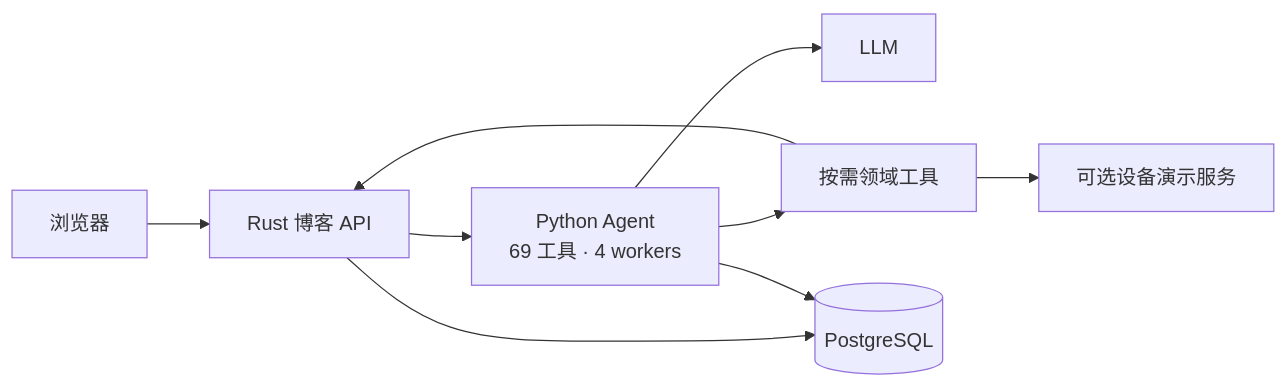
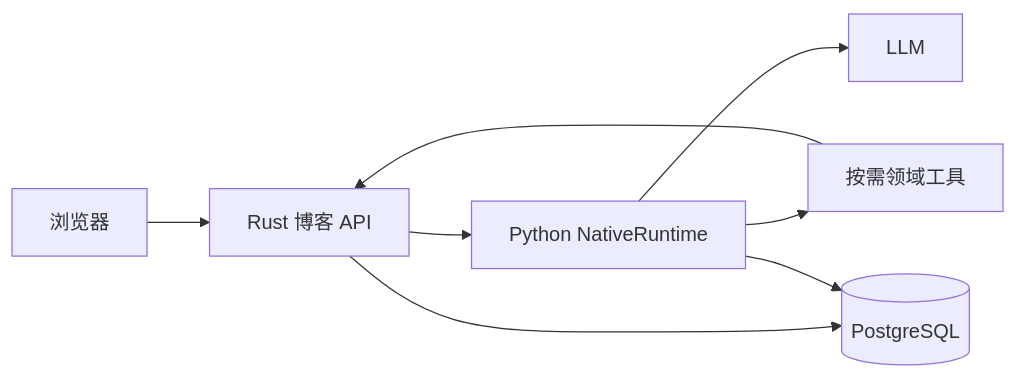
The diagram in docs/agent-architecture.md (BigLeopardCat/saudade-blog-agent), drawn with Mermaid before and after one commit. The commit also changed other lines of this file and 191 other files, not shown here.

````diff
--- a/docs/agent-architecture.md
+++ b/docs/agent-architecture.md
@@ -20,11 +13,10 @@
 ```mermaid
 flowchart LR
     UI[浏览器] --> BLOG[Rust 博客 API]
-    BLOG --> AGENT[Python Agent<br/>69 工具 · 4 workers]
+    BLOG --> AGENT[Python NativeRuntime]
     AGENT --> MODEL[LLM]
     AGENT --> TOOLS[按需领域工具]
     TOOLS --> BLOG
     BLOG --> DB[(PostgreSQL)]
     AGENT --> DB
-    TOOLS --> DEVICE[可选设备演示服务]
 ```
````
